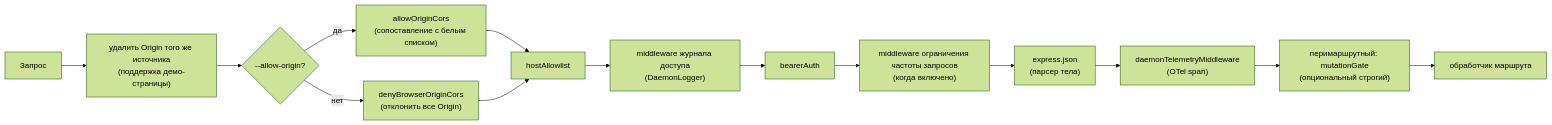
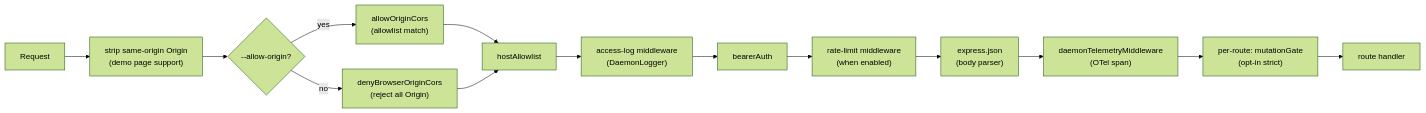
One commit to QwenLM/qwen-code-docs changed the first of 4 diagrams in website/content/ru/developers/daemon/12-auth-security.md. Above: the diagram before and after it, drawn with Mermaid (forest theme). The commit also changed other lines of this file and 1077 other files, not shown here.

````diff
--- a/website/content/ru/developers/daemon/12-auth-security.md
+++ b/website/content/ru/developers/daemon/12-auth-security.md
@@ -55,16 +55,16 @@
 ```mermaid
 flowchart LR
-    REQ[Запрос] --> SO["удалить Origin того же источника<br/>(поддержка демо-страницы)"]
+    REQ[Request] --> SO["strip same-origin Origin<br/>(demo page support)"]
     SO --> CORS{"--allow-origin?"}
-    CORS -->|да| AO["allowOriginCors<br/>(сопоставление с белым списком)"]
-    CORS -->|нет| DC["denyBrowserOriginCors<br/>(отклонить все Origin)"]
+    CORS -->|yes| AO["allowOriginCors<br/>(allowlist match)"]
+    CORS -->|no| DC["denyBrowserOriginCors<br/>(reject all Origin)"]
     AO --> HA["hostAllowlist"]
     DC --> HA
-    HA --> LOG["middleware журнала доступа<br/>(DaemonLogger)"]
+    HA --> LOG["access-log middleware<br/>(DaemonLogger)"]
     LOG --> BA["bearerAuth"]
-    BA --> RL["middleware ограничения частоты запросов<br/>(когда включено)"]
-    RL --> JSON["express.json<br/>(парсер тела)"]
+    BA --> RL["rate-limit middleware<br/>(when enabled)"]
+    RL --> JSON["express.json<br/>(body parser)"]
     JSON --> TEL["daemonTelemetryMiddleware<br/>(OTel span)"]
-    TEL --> MG["перимаршрутный: mutationGate<br/>(опциональный строгий)"]
-    MG --> HANDLER["обработчик маршрута"]
+    TEL --> MG["per-route: mutationGate<br/>(opt-in strict)"]
+    MG --> HANDLER["route handler"]
 ```
````
